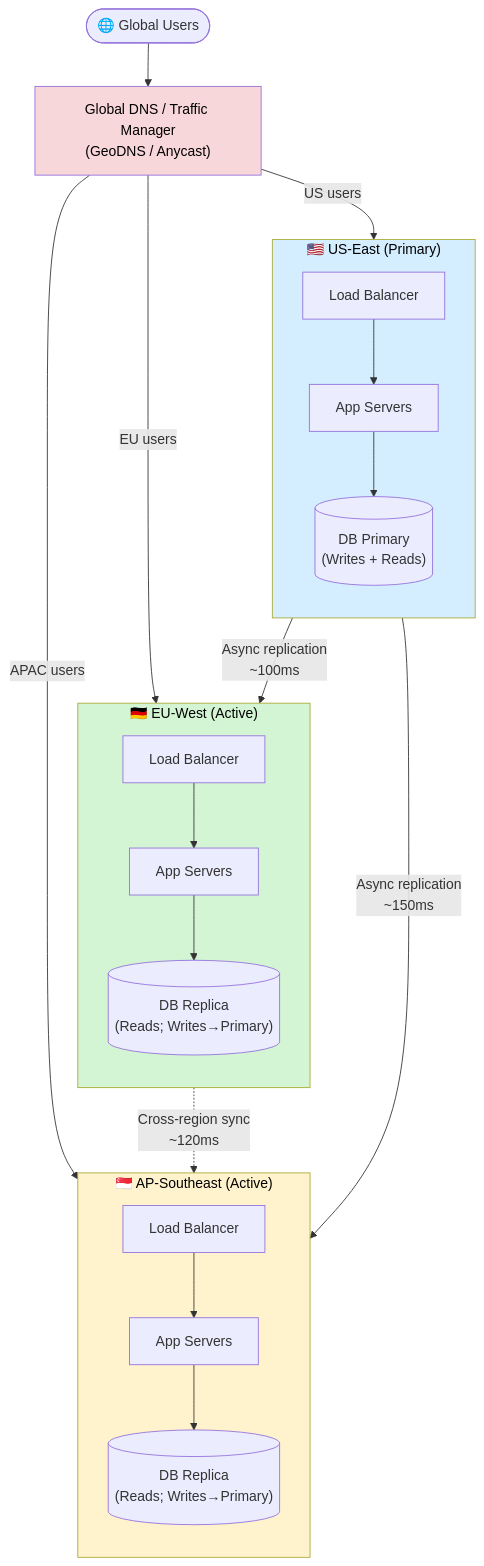
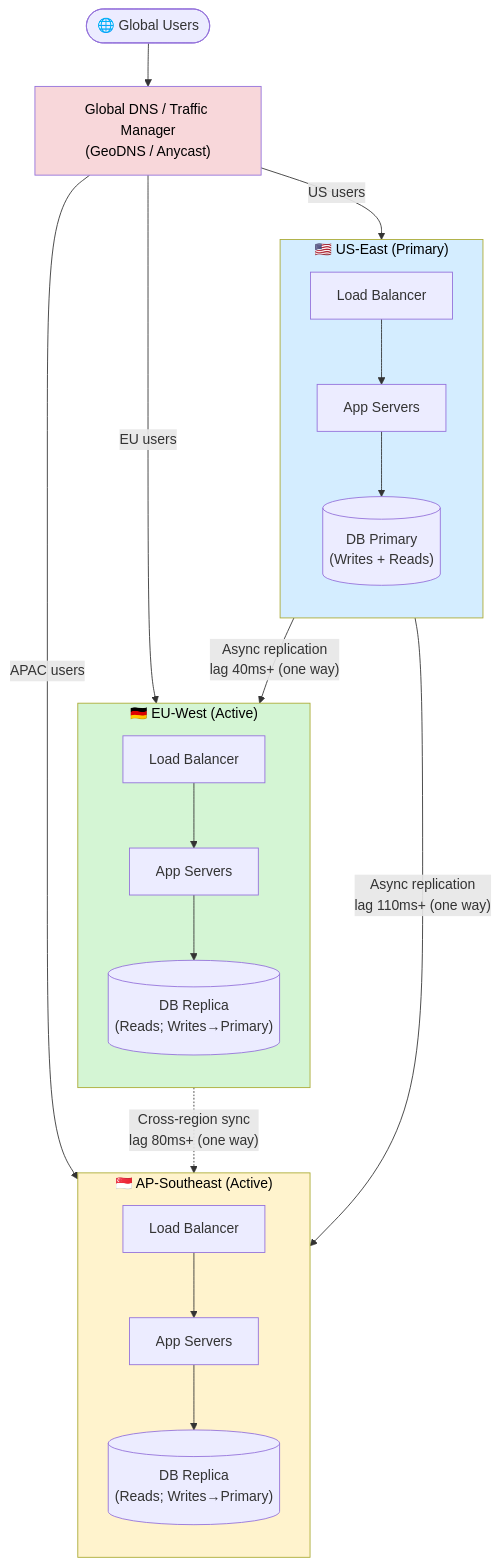
Before and after one commit to Ankan1998/learn-system-design: the first of 3 diagrams in Level-06-Scale-and-Reliability/06-Multi-Region-and-Geo-Distribution/README.md, drawn with Mermaid. The commit also changed other lines of this file and 139 other files, not shown here.

````diff
--- a/Level-06-Scale-and-Reliability/06-Multi-Region-and-Geo-Distribution/README.md
+++ b/Level-06-Scale-and-Reliability/06-Multi-Region-and-Geo-Distribution/README.md
@@ -55,44 +55,44 @@
 ```mermaid
 flowchart TD
     Users(["🌐 Global Users"])
     DNS["Global DNS / Traffic Manager<br/>(GeoDNS / Anycast)"]
 
     Users --> DNS
 
     DNS -->|"US users"| USE
     DNS -->|"EU users"| EUW
     DNS -->|"APAC users"| APS
 
     subgraph USE ["🇺🇸 US-East (Primary)"]
         direction TB
         LB_US["Load Balancer"]
         APP_US["App Servers"]
         DB_US[("DB Primary<br/>(Writes + Reads)")]
         LB_US --> APP_US --> DB_US
     end
 
     subgraph EUW ["🇩🇪 EU-West (Active)"]
         direction TB
         LB_EU["Load Balancer"]
         APP_EU["App Servers"]
         DB_EU[("DB Replica<br/>(Reads; Writes→Primary)")]
         LB_EU --> APP_EU --> DB_EU
     end
 
     subgraph APS ["🇸🇬 AP-Southeast (Active)"]
         direction TB
         LB_AP["Load Balancer"]
         APP_AP["App Servers"]
         DB_AP[("DB Replica<br/>(Reads; Writes→Primary)")]
         LB_AP --> APP_AP --> DB_AP
     end
 
-    DB_US -->|"Async replication<br/>~100ms"| DB_EU
-    DB_US -->|"Async replication<br/>~150ms"| DB_AP
-    DB_EU -.->|"Cross-region sync<br/>~120ms"| DB_AP
+    DB_US -->|"Async replication<br/>lag 40ms+ (one way)"| DB_EU
+    DB_US -->|"Async replication<br/>lag 110ms+ (one way)"| DB_AP
+    DB_EU -.->|"Cross-region sync<br/>lag 80ms+ (one way)"| DB_AP
 
     style USE fill:#d4edff,color:#000
     style EUW fill:#d4f5d4,color:#000
     style APS fill:#fff3cd,color:#000
     style DNS fill:#f8d7da,color:#000
 ```
````
